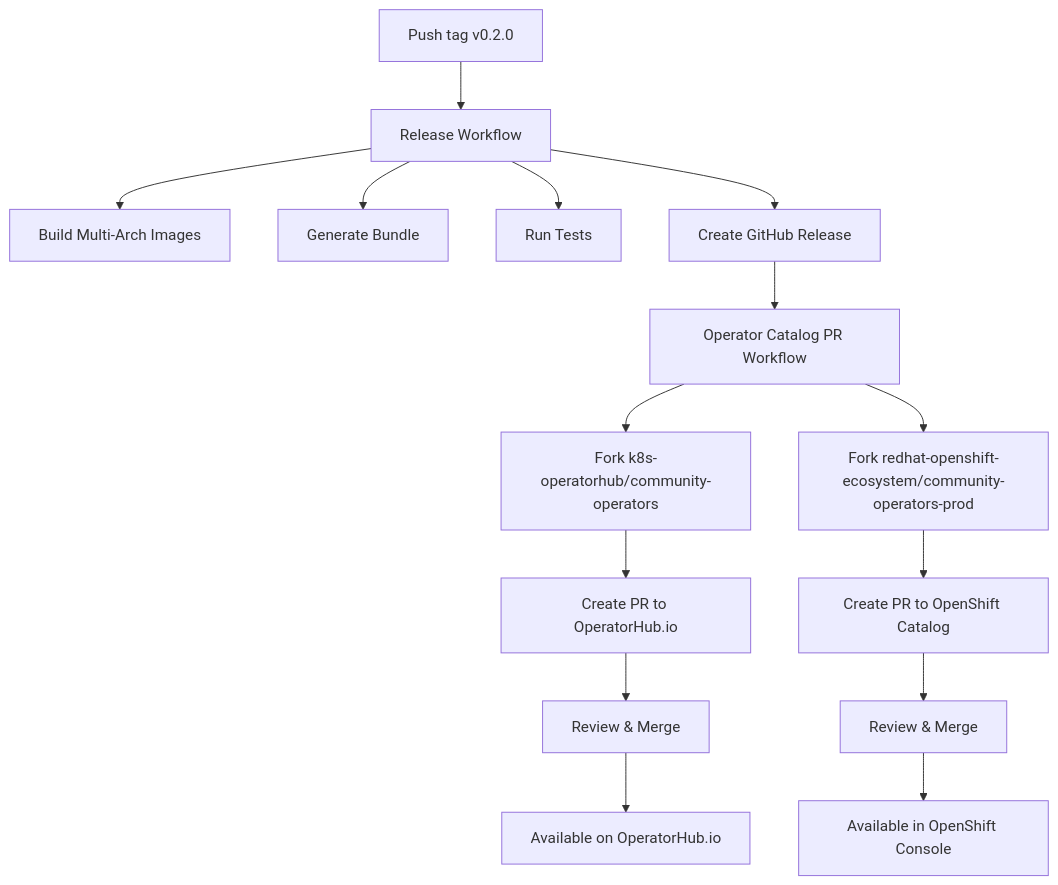
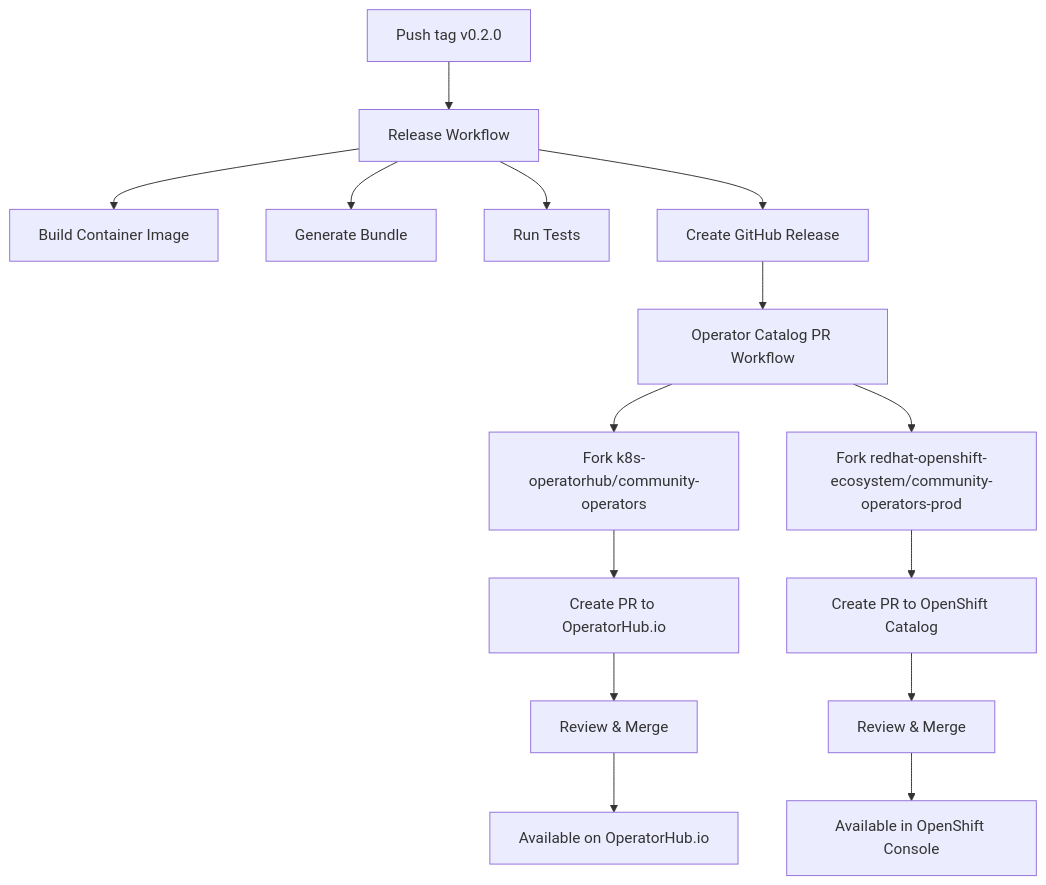
Before and after one commit to mathianasj/virt-git-sync: the diagram in docs/automated-release-process.md, drawn with Mermaid. The commit also changed other lines of this file and 5 other files, not shown here.

````diff
--- a/docs/automated-release-process.md
+++ b/docs/automated-release-process.md
@@ -9,21 +9,21 @@
 ```mermaid
 graph TD
     A[Push tag v0.2.0] --> B[Release Workflow]
-    B --> C[Build Multi-Arch Images]
+    B --> C[Build Container Image]
     B --> D[Generate Bundle]
     B --> E[Run Tests]
     B --> F[Create GitHub Release]
     
     F --> G[Operator Catalog PR Workflow]
     G --> H[Fork k8s-operatorhub/community-operators]
     G --> I[Fork redhat-openshift-ecosystem/community-operators-prod]
     
     H --> J[Create PR to OperatorHub.io]
     I --> K[Create PR to OpenShift Catalog]
     
     J --> L[Review & Merge]
     K --> M[Review & Merge]
     
     L --> N[Available on OperatorHub.io]
     M --> O[Available in OpenShift Console]
 ```
````
